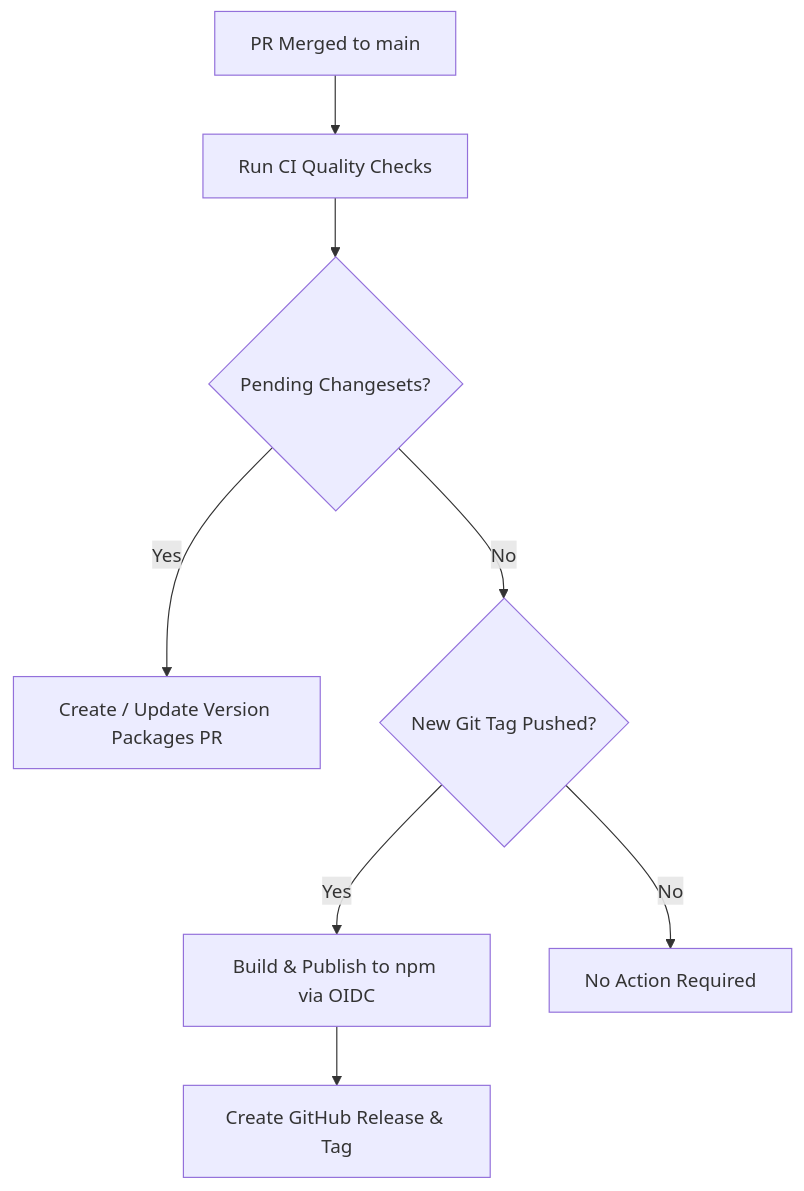
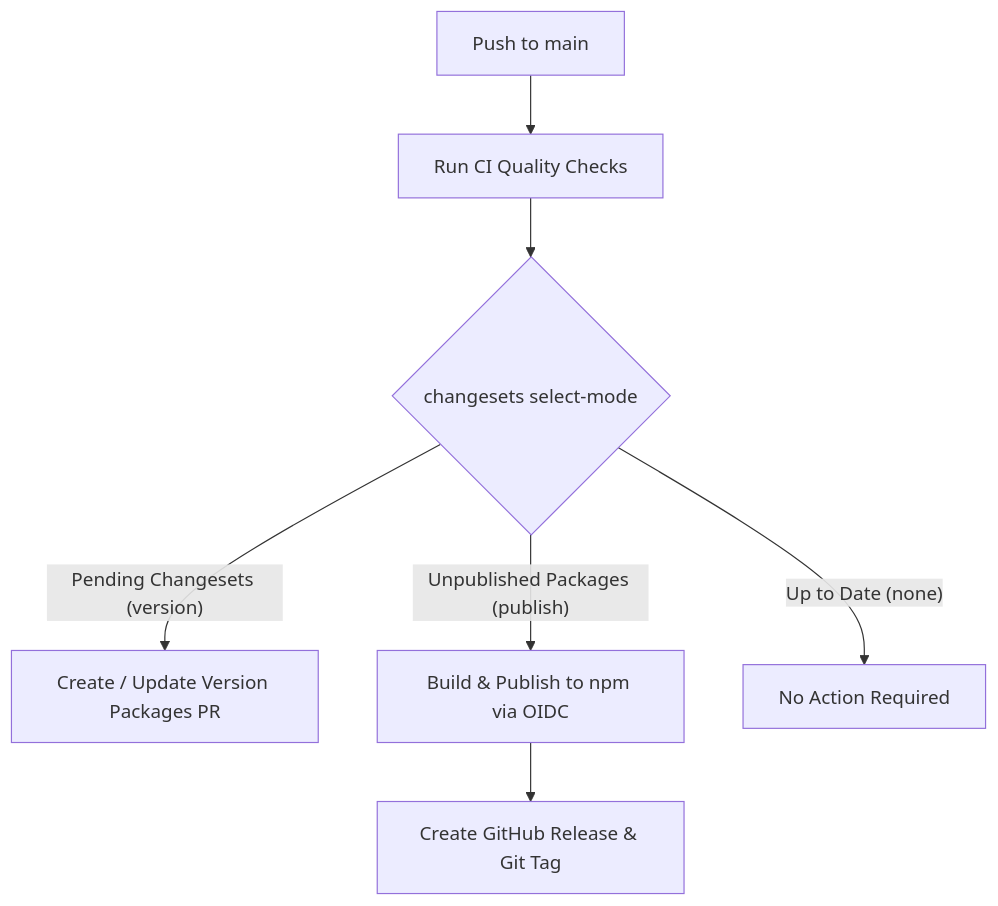
Before and after one commit to r4ai/laya-web: the diagram in docs/development.md, drawn with Mermaid. The commit also changed other lines of this file and 2 other files, not shown here.

Commit message:
docs: align architecture, asset specs, and validation docs with implementation

````diff
--- a/docs/development.md
+++ b/docs/development.md
@@ -175,12 +175,10 @@
 ```mermaid
 flowchart TD
-    Merge["PR Merged to main"] --> CI["Run CI Quality Checks"]
-    CI --> Check{"Pending Changesets?"}
+    Push["Push to main"] --> CI["Run CI Quality Checks"]
+    CI --> Mode{"changesets select-mode"}
 
-    Check -- Yes --> VersionPR["Create / Update Version Packages PR"]
-    Check -- No --> CheckTag{"New Git Tag Pushed?"}
-
-    CheckTag -- Yes --> Publish["Build & Publish to npm via OIDC"]
-    Publish --> Release["Create GitHub Release & Tag"]
-    CheckTag -- No --> Done["No Action Required"]
+    Mode -- "Pending Changesets (version)" --> VersionPR["Create / Update Version Packages PR"]
+    Mode -- "Unpublished Packages (publish)" --> Publish["Build & Publish to npm via OIDC"]
+    Publish --> Release["Create GitHub Release & Git Tag"]
+    Mode -- "Up to Date (none)" --> Done["No Action Required"]
 ```
````
